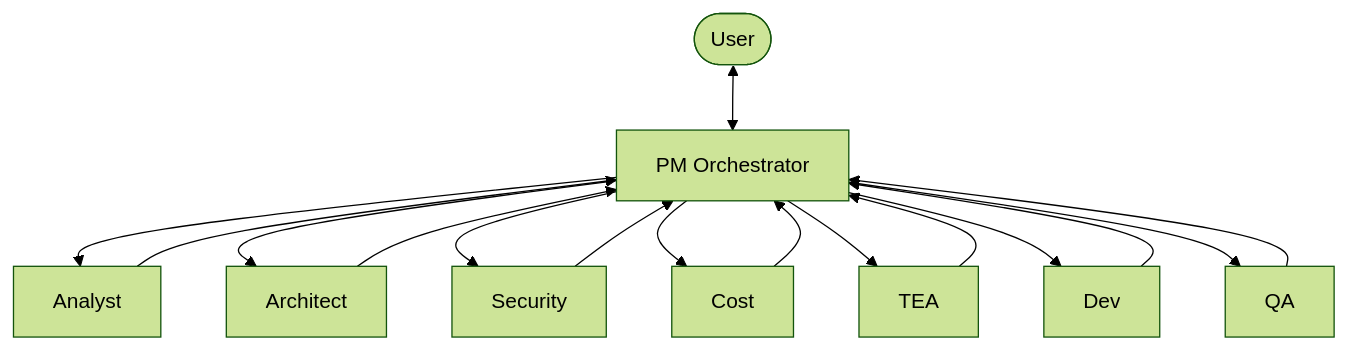
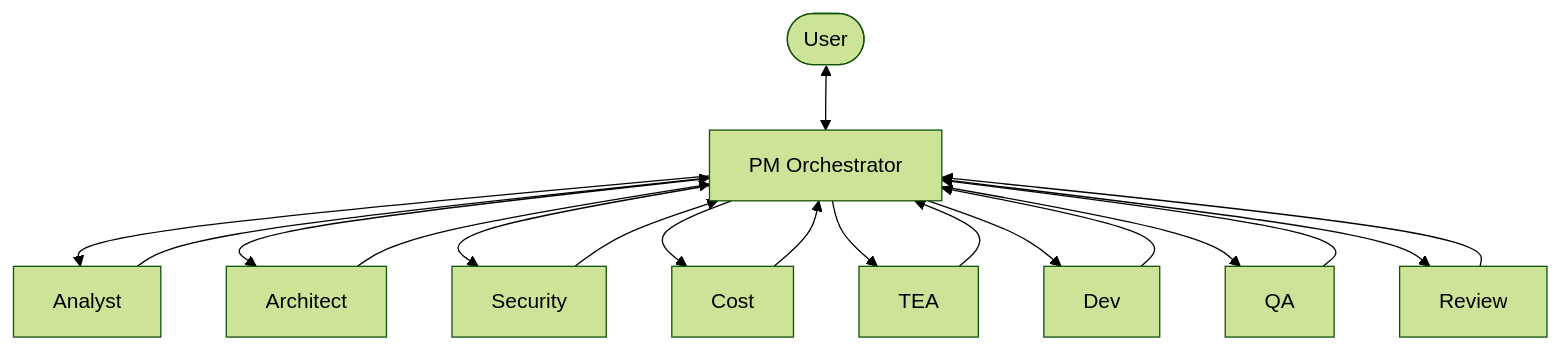
The first of 10 diagrams in site/pages/architecture.mdx (Nine-Sigma/specflow), drawn with Mermaid (forest theme) before and after one commit. The commit also changed other lines of this file, not shown here.

Commit message:
docs: add Review stage to architecture page

````diff
--- a/site/pages/architecture.mdx
+++ b/site/pages/architecture.mdx
@@ -9,19 +9,21 @@
 ```mermaid
 flowchart TD
     User([User]) <--> PM[PM Orchestrator]
     PM --> Analyst[Analyst]
     PM --> Architect[Architect]
     PM --> Security[Security]
     PM --> Cost[Cost]
     PM --> TEA[TEA]
     PM --> Dev[Dev]
     PM --> QA[QA]
+    PM --> Review[Review]
 
     Analyst --> PM
     Architect --> PM
     Security --> PM
     Cost --> PM
     TEA --> PM
     Dev --> PM
     QA --> PM
+    Review --> PM
 ```
````
